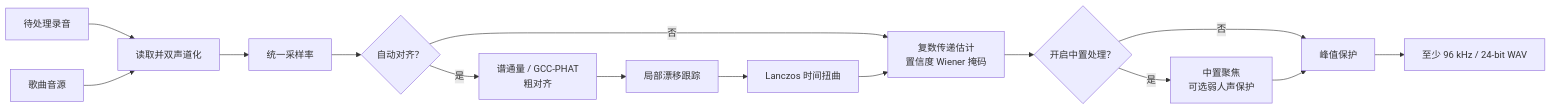
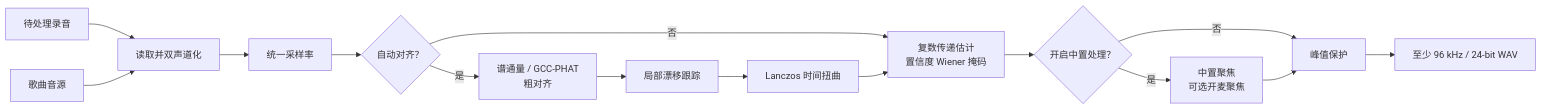
The diagram in docs/reference-removal.md (ChouChiu/Purivox), drawn with Mermaid before and after one commit. The commit also changed other lines of this file and 6 other files, not shown here.

````diff
--- a/docs/reference-removal.md
+++ b/docs/reference-removal.md
@@ -30,17 +30,17 @@
 ```mermaid
 flowchart LR
     mix["待处理录音"] --> read["读取并双声道化"]
     ref["歌曲音源"] --> read
     read --> rate["统一采样率"]
     rate --> enabled{"自动对齐？"}
     enabled -->|是| coarse["谱通量 / GCC-PHAT<br/>粗对齐"]
     coarse --> drift["局部漂移跟踪"]
     drift --> warp["Lanczos 时间扭曲"]
     enabled -->|否| mask["复数传递估计<br/>置信度 Wiener 掩码"]
     warp --> mask
     mask --> center{"开启中置处理？"}
-    center -->|是| focus["中置聚焦<br/>可选弱人声保护"]
+    center -->|是| focus["中置聚焦<br/>可选开麦聚焦"]
     center -->|否| protect["峰值保护"]
     focus --> protect
     protect --> output["至少 96 kHz / 24-bit WAV"]
 ```
````
